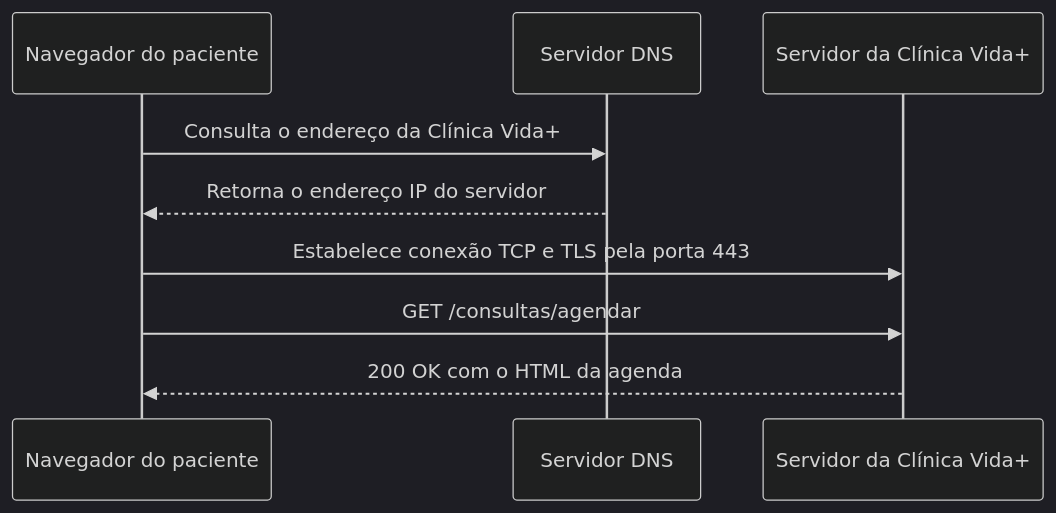
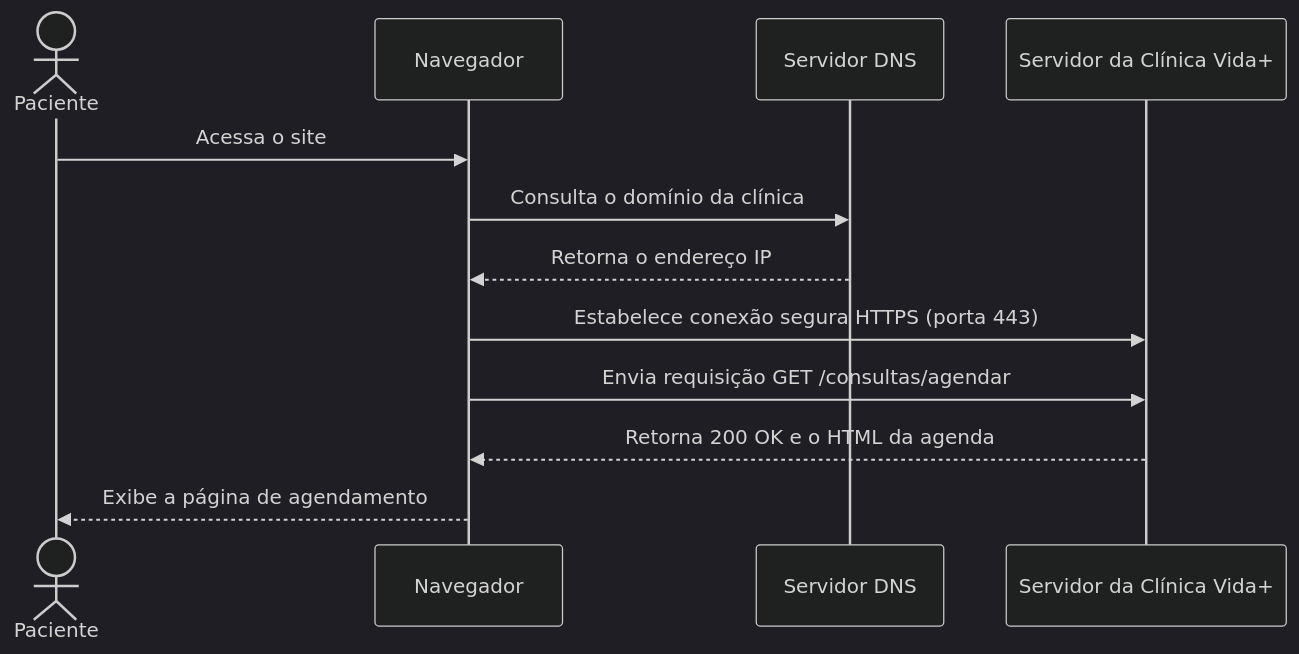
Before and after one commit to erickcristian357/uninove-2026-2-clinica-vida: the diagram in docs/arquitetura.md, drawn with Mermaid (dark theme). The commit also changed other lines of this file, not shown here.

Commit message:
docs: finaliza documentacao da arquitetura

````diff
--- a/docs/arquitetura.md
+++ b/docs/arquitetura.md
@@ -5,12 +5,15 @@
 ```mermaid
 sequenceDiagram
-    participant N as Navegador do paciente
+    actor P as Paciente
+    participant N as Navegador
     participant D as Servidor DNS
     participant S as Servidor da Clínica Vida+
 
-    N->>D: Consulta o endereço da Clínica Vida+
-    D-->>N: Retorna o endereço IP do servidor
-    N->>S: Estabelece conexão TCP e TLS pela porta 443
-    N->>S: GET /consultas/agendar
-    S-->>N: 200 OK com o HTML da agenda
+    P->>N: Acessa o site
+    N->>D: Consulta o domínio da clínica
+    D-->>N: Retorna o endereço IP
+    N->>S: Estabelece conexão segura HTTPS (porta 443)
+    N->>S: Envia requisição GET /consultas/agendar
+    S-->>N: Retorna 200 OK e o HTML da agenda
+    N-->>P: Exibe a página de agendamento
 ```
````
